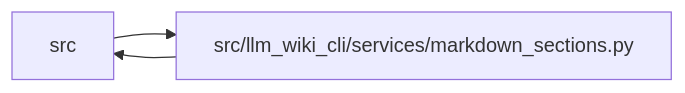
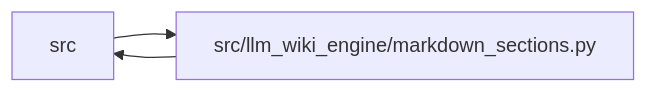
The diagram in docs/llm_wiki/modules/markdown_sections.md (Denissvgn/python-wiki-llm), drawn with Mermaid before and after one commit. The commit also changed other lines of this file and 1103 other files, not shown here.

First line of the commit message:
docs: refresh the wiki for the llm-wiki-engine distribution

````diff
--- a/docs/llm_wiki/modules/markdown_sections.md
+++ b/docs/llm_wiki/modules/markdown_sections.md
@@ -33,8 +33,8 @@
 ```mermaid
 flowchart LR
     n0["src"]
-    n1["src/llm_wiki_cli/services/markdown_sections.py"]
+    n1["src/llm_wiki_engine/markdown_sections.py"]
     n0 --> n1
     n1 --> n0
     click n1 "../modules/markdown_sections.md"
 ```
````
